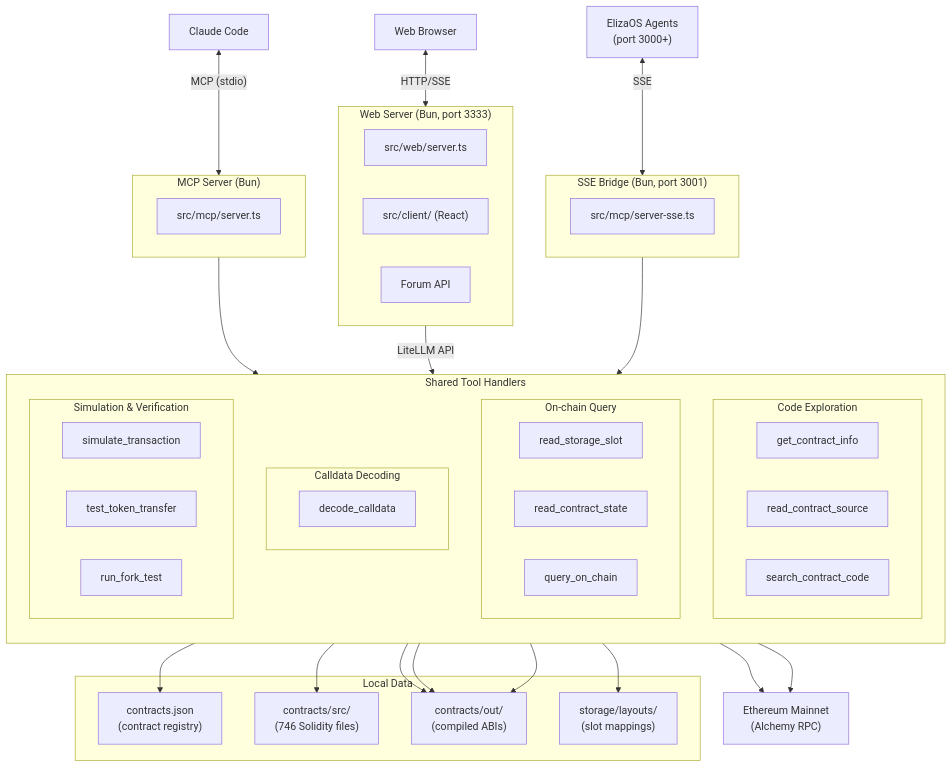
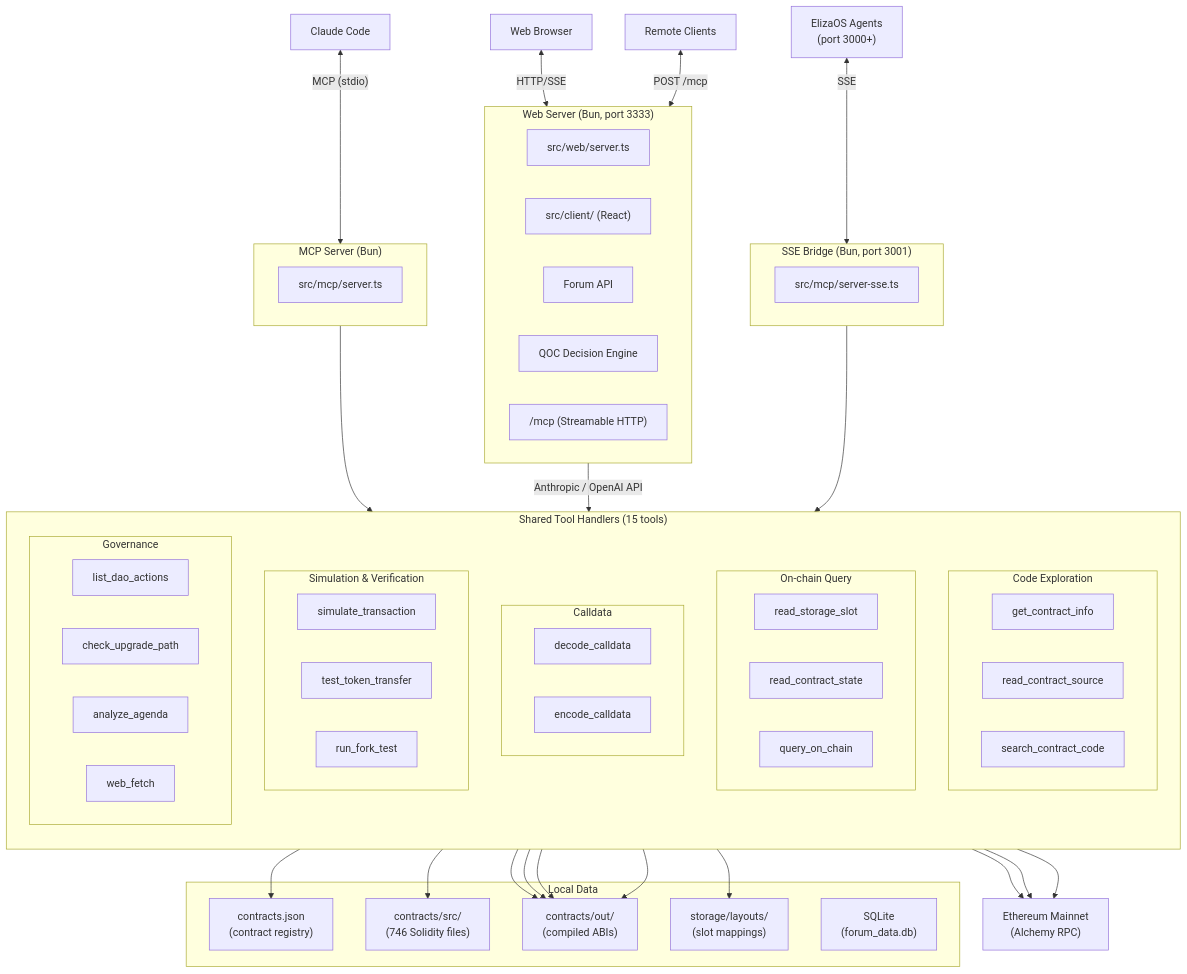
Before and after one commit to tokamak-network/tokamak-dao-agent: the diagram in README.md, drawn with Mermaid. The commit also changed other lines of this file and 2 other files, not shown here.

First line of the commit message:
docs: rewrite README with full architecture, QOC engine, and forum API docs

````diff
--- a/README.md
+++ b/README.md
@@ -10,10 +8,12 @@
 flowchart TB
     Claude["Claude Code"]
     Browser["Web Browser"]
+    Remote["Remote Clients"]
     ElizaOS["ElizaOS Agents\n(port 3000+)"]
 
     Claude <-->|"MCP (stdio)"| MCP
     Browser <-->|"HTTP/SSE"| Web
+    Remote <-->|"POST /mcp"| Web
     ElizaOS <-->|"SSE"| SSE
 
     subgraph MCP["MCP Server (Bun)"]
@@ -26,6 +26,8 @@
         web_entry["src/web/server.ts"]
         web_client["src/client/ (React)"]
         forum_api["Forum API"]
+        qoc_engine["QOC Decision Engine"]
+        streamable_http["/mcp (Streamable HTTP)"]
     end
 
     subgraph SSE["SSE Bridge (Bun, port 3001)"]
@@ -34,10 +36,10 @@
     end
 
     MCP --> Handlers
-    Web -->|"LiteLLM API"| Handlers
+    Web -->|"Anthropic / OpenAI API"| Handlers
     SSE --> Handlers
 
-    subgraph Handlers["Shared Tool Handlers"]
+    subgraph Handlers["Shared Tool Handlers (15 tools)"]
         direction TB
 
         subgraph tools1["Code Exploration"]
@@ -52,14 +54,22 @@
             query_on_chain
         end
 
-        subgraph tools3["Calldata Decoding"]
+        subgraph tools3["Calldata"]
             decode_calldata
+            encode_calldata
         end
 
         subgraph tools4["Simulation & Verification"]
             simulate_transaction
             test_token_transfer
             run_fork_test
+        end
+
+        subgraph tools5["Governance"]
+            list_dao_actions
+            check_upgrade_path
+            analyze_agenda
+            web_fetch
         end
     end
 
@@ -68,6 +78,7 @@
         sources["contracts/src/\n(746 Solidity files)"]
         abis["contracts/out/\n(compiled ABIs)"]
         layouts["storage/layouts/\n(slot mappings)"]
+        sqlite["SQLite\n(forum_data.db)"]
     end
 
     RPC["Ethereum Mainnet\n(Alchemy RPC)"]
@@ -76,4 +87,5 @@
     tools2 --> layouts & abis & RPC
     tools3 --> abis
     tools4 --> RPC
+    tools5 --> abis & RPC
 ```
````
